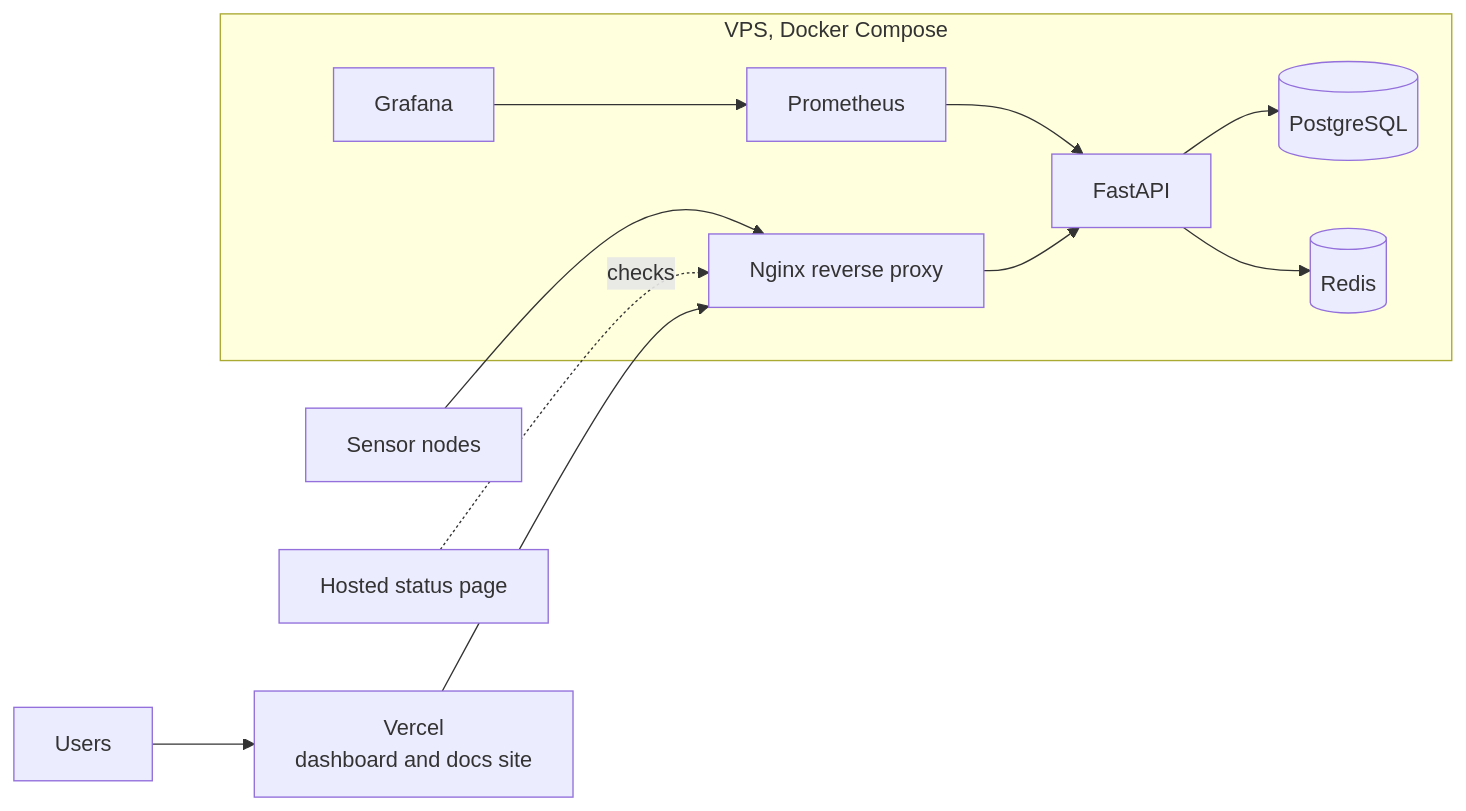
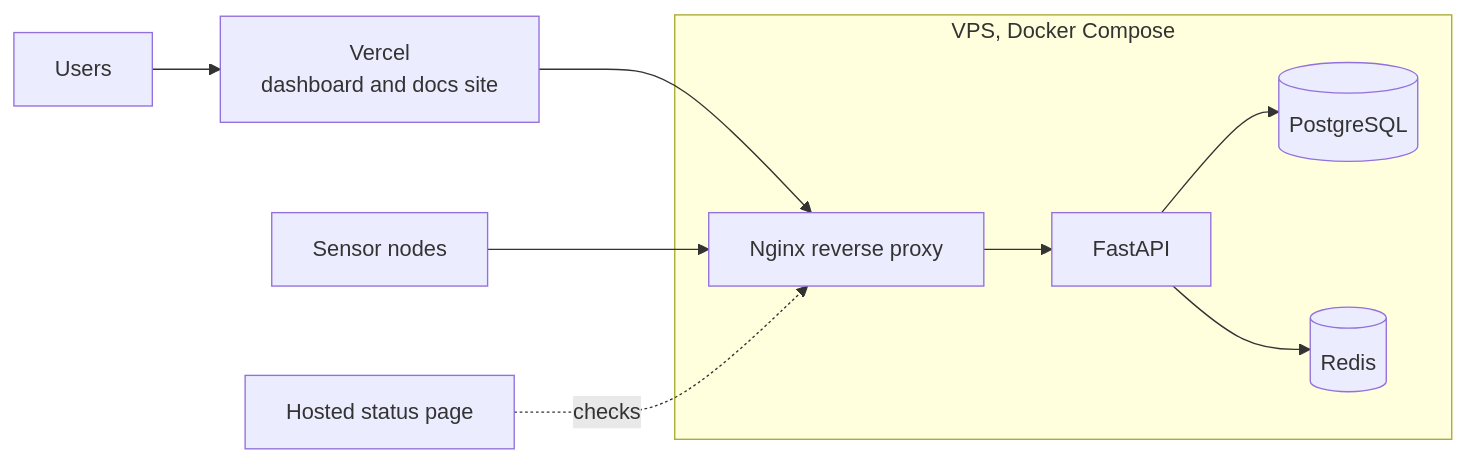
One commit to phaemos/phaemos changed the fourth of 4 diagrams in docs/architecture.md. Above: the diagram before and after it, drawn with Mermaid. The commit also changed other lines of this file and 37 other files, not shown here.

````diff
--- a/docs/architecture.md
+++ b/docs/architecture.md
@@ -172,14 +330,12 @@
 ```mermaid
 flowchart LR
     USERS["Users"] --> WEB["Vercel<br/>dashboard and docs site"]
     WEB --> NGINX
     NODES["Sensor nodes"] --> NGINX
     subgraph VPS["VPS, Docker Compose"]
         NGINX["Nginx reverse proxy"] --> APISVC["FastAPI"]
         APISVC --> PG[("PostgreSQL")]
         APISVC --> RD[("Redis")]
-        PROM["Prometheus"] --> APISVC
-        GRAF["Grafana"] --> PROM
     end
     STATUS["Hosted status page"] -. "checks" .-> NGINX
 ```
````
